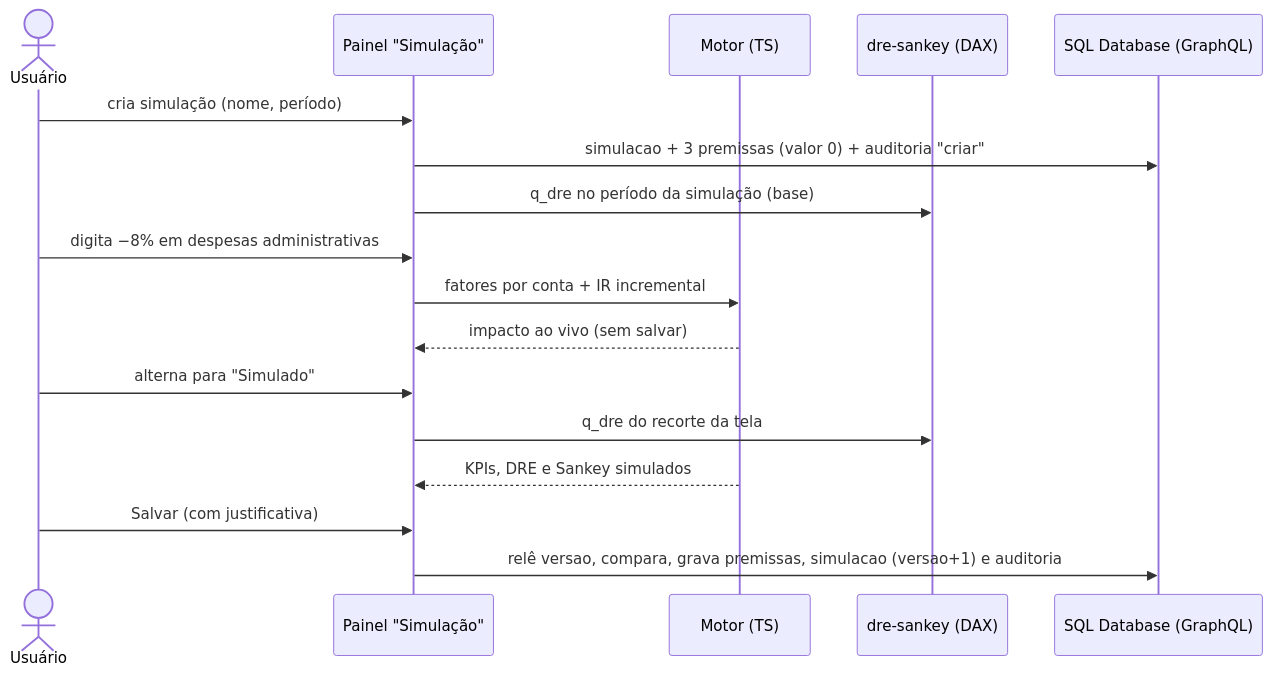
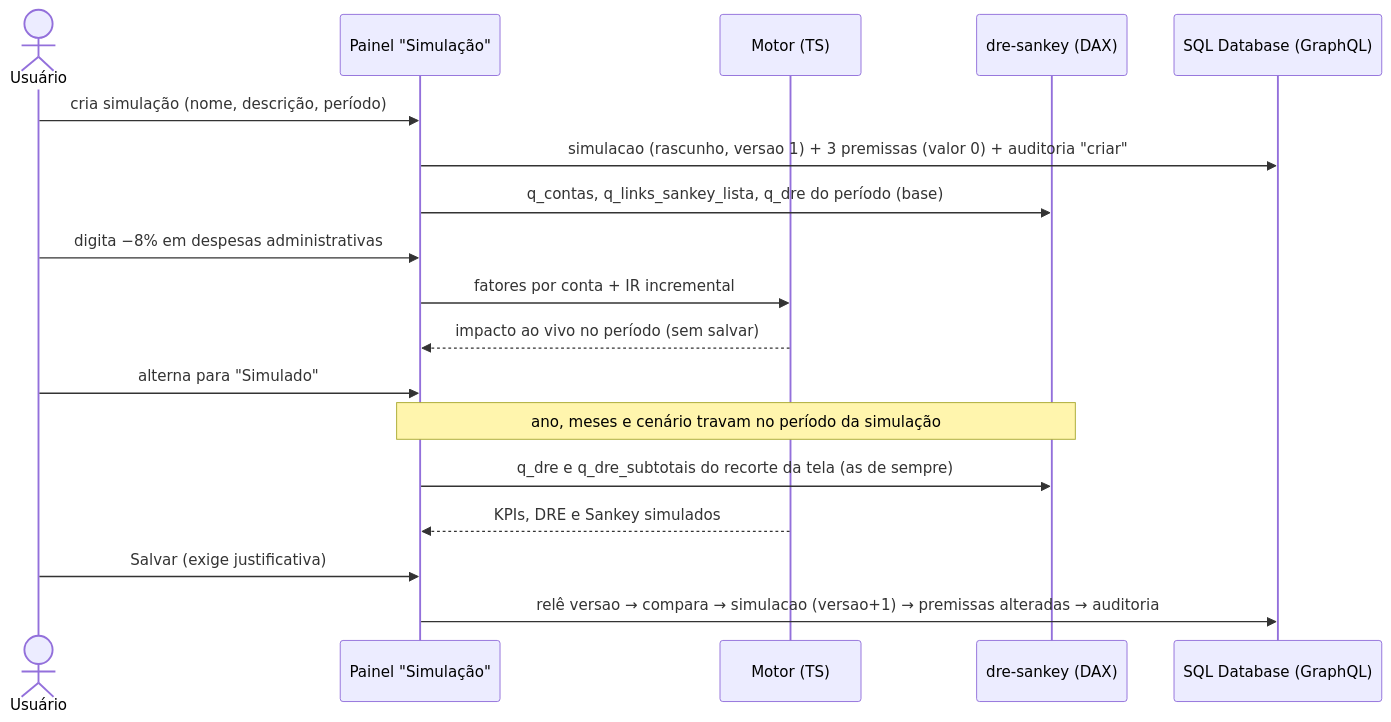
The second of 3 diagrams in docs/simulacao_write_back.md (alisonpezzott/fabric-app-dre-sankey-write-back), drawn with Mermaid before and after one commit. The commit also changed other lines of this file, not shown here.

````diff
--- a/docs/simulacao_write_back.md
+++ b/docs/simulacao_write_back.md
@@ -29,19 +35,20 @@
 ```mermaid
 sequenceDiagram
     actor U as Usuário
     participant P as Painel "Simulação"
     participant MS as Motor (TS)
     participant SM as dre-sankey (DAX)
     participant DB as SQL Database (GraphQL)
-    U->>P: cria simulação (nome, período)
-    P->>DB: simulacao + 3 premissas (valor 0) + auditoria "criar"
-    P->>SM: q_dre no período da simulação (base)
+    U->>P: cria simulação (nome, descrição, período)
+    P->>DB: simulacao (rascunho, versao 1) + 3 premissas (valor 0) + auditoria "criar"
+    P->>SM: q_contas, q_links_sankey_lista, q_dre do período (base)
     U->>P: digita −8% em despesas administrativas
     P->>MS: fatores por conta + IR incremental
-    MS-->>P: impacto ao vivo (sem salvar)
+    MS-->>P: impacto ao vivo no período (sem salvar)
     U->>P: alterna para "Simulado"
-    P->>SM: q_dre do recorte da tela
+    Note over P,SM: ano, meses e cenário travam no período da simulação
+    P->>SM: q_dre e q_dre_subtotais do recorte da tela (as de sempre)
     MS-->>P: KPIs, DRE e Sankey simulados
-    U->>P: Salvar (com justificativa)
-    P->>DB: relê versao, compara, grava premissas, simulacao (versao+1) e auditoria
+    U->>P: Salvar (exige justificativa)
+    P->>DB: relê versao → compara → simulacao (versao+1) → premissas alteradas → auditoria
 ```
````
